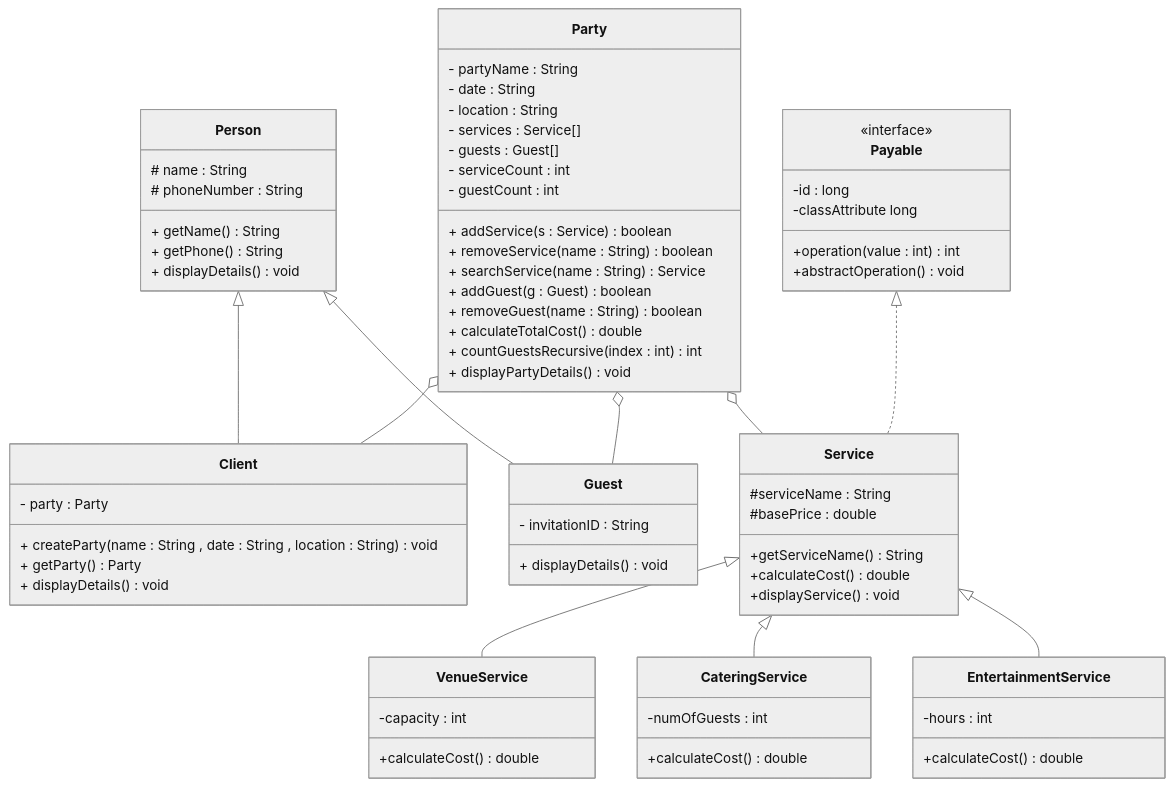
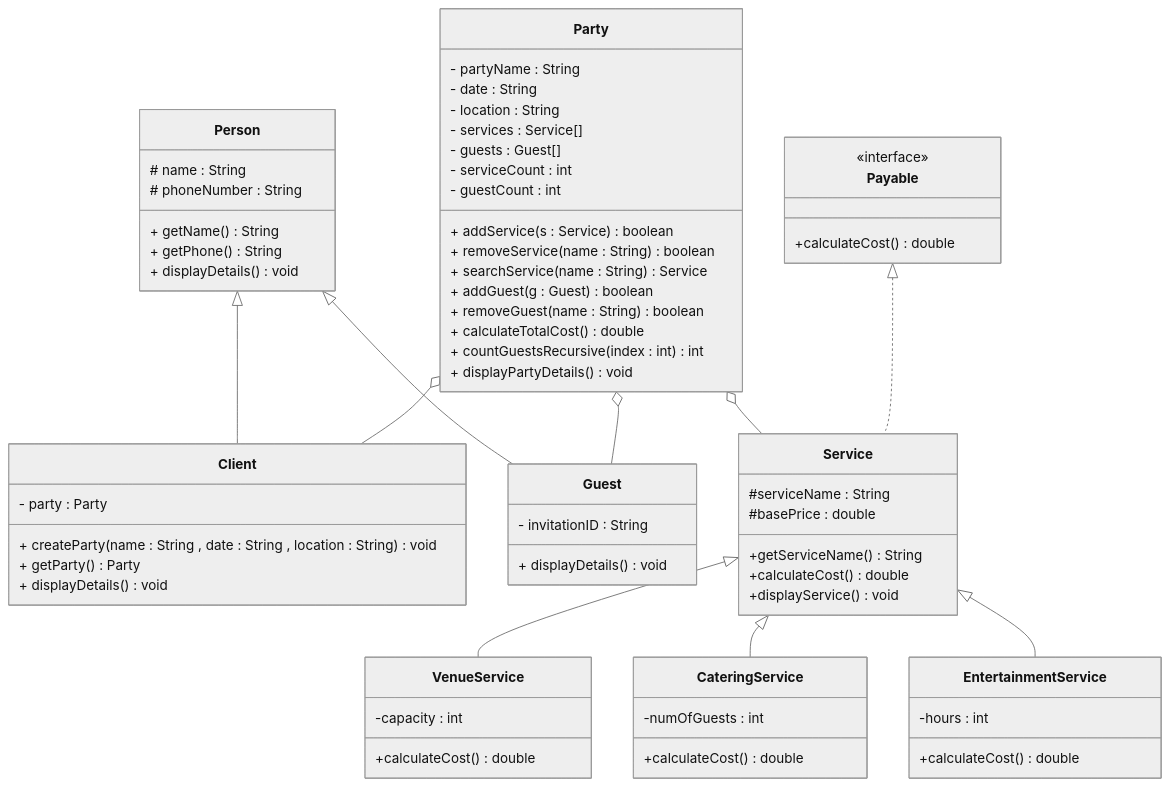
The diagram in README.md (Aljawharah46/CSC113-project-P1), drawn with Mermaid (neutral theme) before and after one commit.

```diff
--- a/README.md
+++ b/README.md
@@ -66,10 +66,7 @@
 
 class Payable {
 <<interface>>
--id : long
--classAttribute  long
-+operation(value : int) int
-+abstractOperation()  void
++calculateCost() double
 }
 
 Person <|-- Client
```
